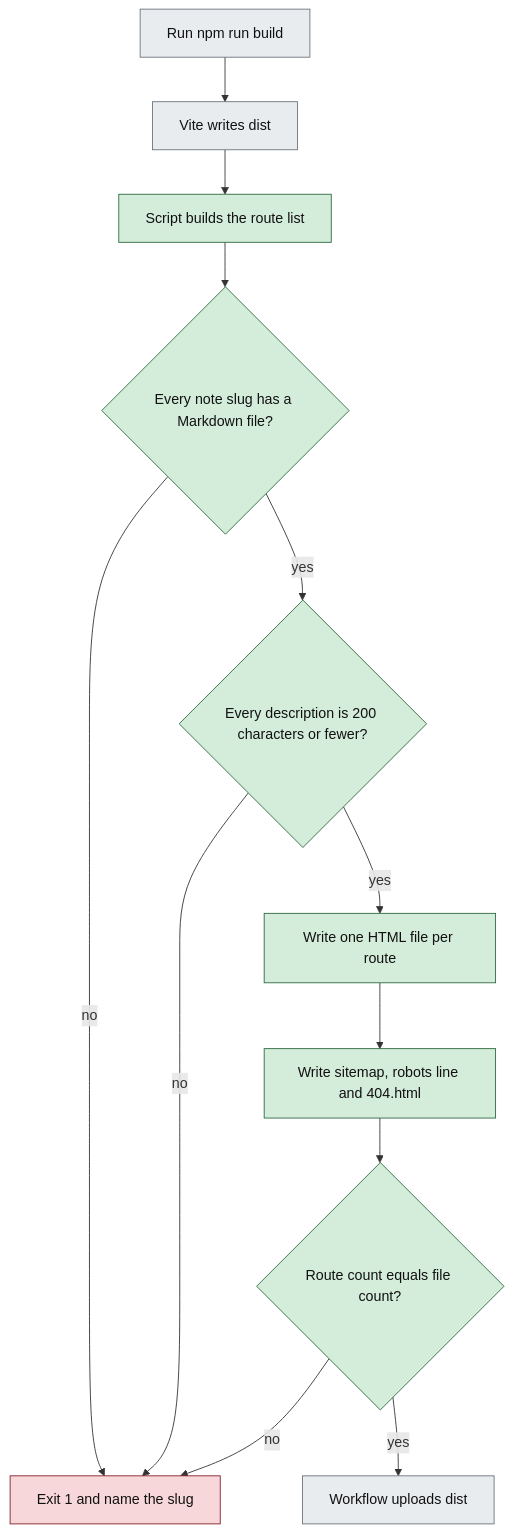
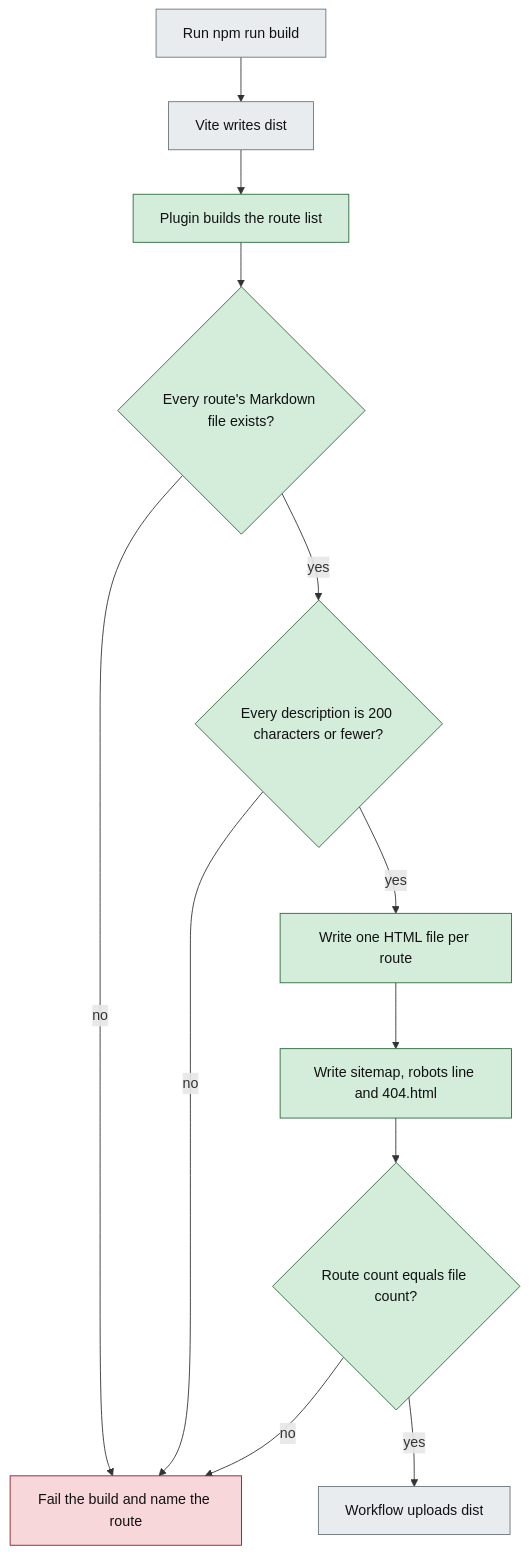
The sixth of 6 diagrams in logic_flow.md (Sakethv7/sakethai-portfoliogen), drawn with Mermaid before and after one commit. The commit also changed other lines of this file and 4 other files, not shown here.

````diff
--- a/logic_flow.md
+++ b/logic_flow.md
@@ -611,20 +611,20 @@
 ```mermaid
 flowchart TD
     A[Run npm run build] --> B[Vite writes dist]
-    B --> C[Script builds the route list]
-    C --> D{Every note slug has a Markdown file?}
-    D -- no --> X[Exit 1 and name the slug]
+    B --> C[Plugin builds the route list]
+    C --> D{Every route's Markdown file exists?}
+    D -- no --> X[Fail the build and name the route]
     D -- yes --> E{Every description is 200 characters or fewer?}
     E -- no --> X
     E -- yes --> F[Write one HTML file per route]
     F --> G[Write sitemap, robots line and 404.html]
     G --> H{Route count equals file count?}
     H -- no --> X
     H -- yes --> I[Workflow uploads dist]
     classDef new fill:#d4edda,stroke:#2d6a3e,color:#111
     classDef old fill:#e9ecef,stroke:#6c757d,color:#111
     classDef fail fill:#f8d7da,stroke:#842029,color:#111
     class A,B,I old
     class C,D,E,F,G,H new
     class X fail
 ```
````
